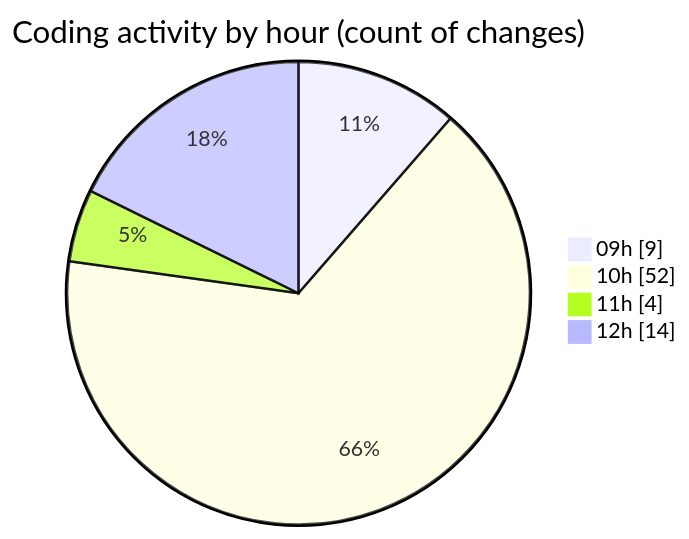
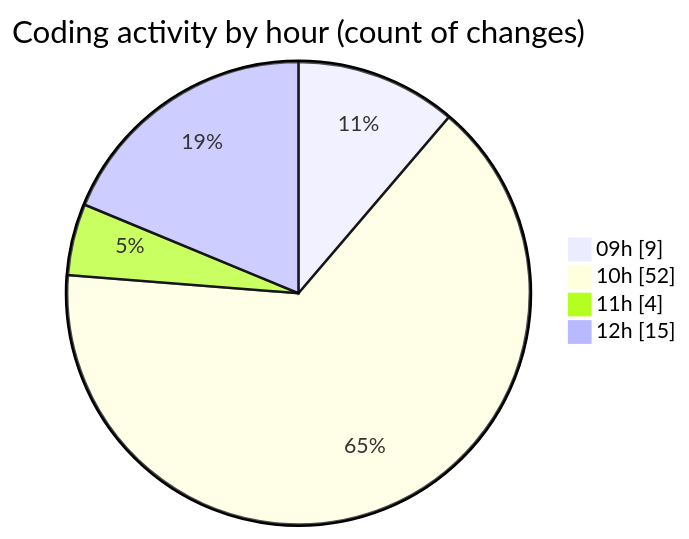
One commit to momahboobian/code-tracking changed the second of 2 diagrams in 2026-09-01/cda/README.md. Above: the diagram before and after it, drawn with Mermaid. The commit also changed other lines of this file and 1 other file, not shown here.

````diff
--- a/2026-09-01/cda/README.md
+++ b/2026-09-01/cda/README.md
@@ -66,8 +68,8 @@
 ```mermaid
 pie showData
 title Coding activity by hour (count of changes)
 "09h" : 9
 "10h" : 52
 "11h" : 4
-"12h" : 14
+"12h" : 15
 ```
````
